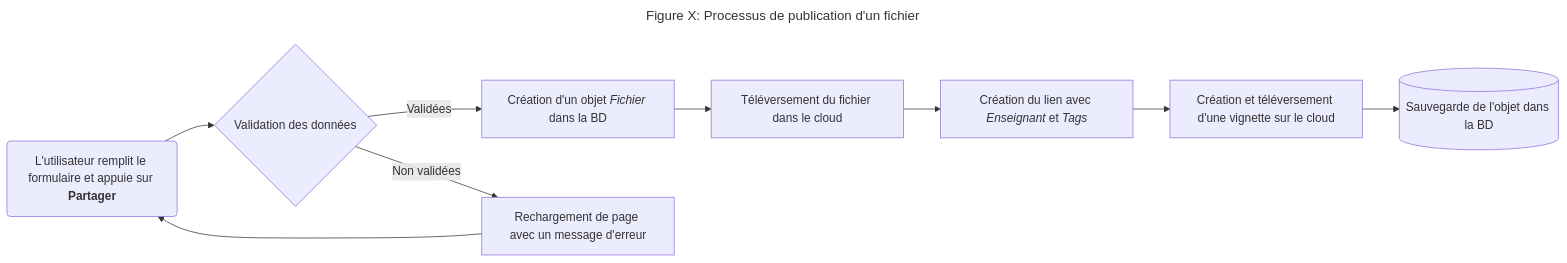
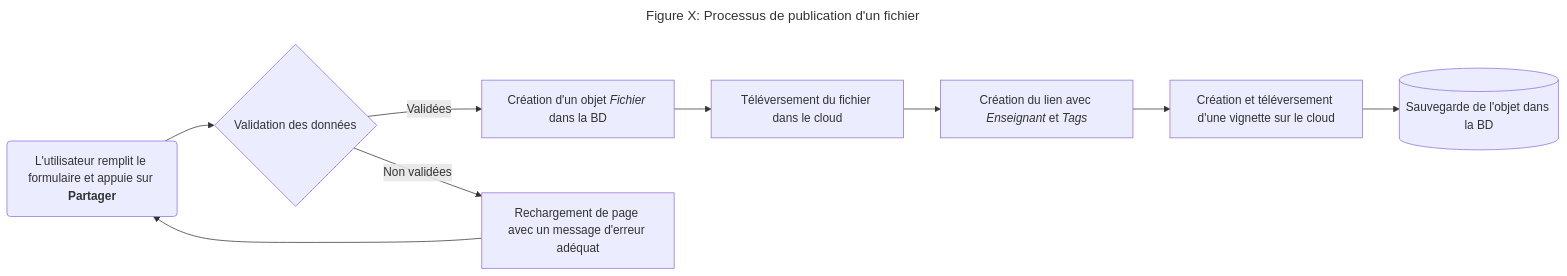
One commit to Zbebz/caverne-dAli-baba changed the second of 4 diagrams in rapport.md. Above: the diagram before and after it, drawn with Mermaid. The commit also changed other lines of this file, not shown here.

Commit message:
(rapport) Edited Authentification utilisateur subchapter

````diff
--- a/rapport.md
+++ b/rapport.md
@@ -205,8 +203,8 @@
 ```mermaid
 ---
 title: "Figure X: Processus de publication d'un fichier"
 ---
 flowchart LR
-id1("`L'utilisateur remplit le formulaire et appuie sur **Partager**`")-->id2{Validation des données}-->|Validées|id3["`Création d'un objet *Fichier* dans la BD`"]-->id4["Téléversement du fichier dans le cloud"]-->id5["`Création du lien avec *Enseignant* et *Tags*`" ]-->id6["Création et téléversement d'une vignette sur le cloud"]-->id7[("`Sauvegarde de l'objet dans la BD`")]
-id2-->|Non validées|id8[Rechargement de page avec un message d'erreur]-->id1
+id1("`L'utilisateur remplit le formulaire et appuie sur **Partager**`")-->id2{Validation des données}-->|Validées|id3["`Création d'un objet *Fichier* dans la BD`"]-->id4[Téléversement du fichier dans le cloud]-->id5["`Création du lien avec *Enseignant* et *Tags*`"]-->id6[Création et téléversement d'une vignette sur le cloud]-->id7[(Sauvegarde de l'objet dans la BD)]
+id2-->|Non validées|id8[Rechargement de page avec un message d'erreur adéquat]-->id1
 ```
````
